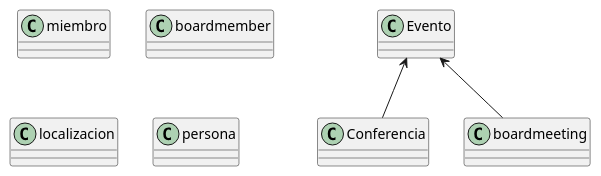
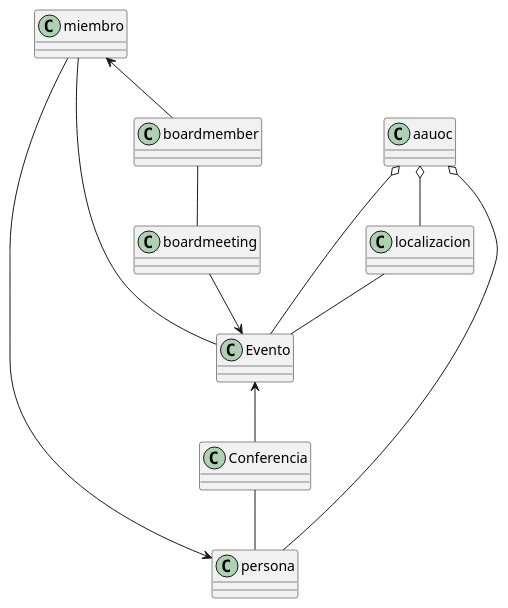
Before and after one commit to moevius237/UmlClasesPabloLopez: the diagram in src/uml.puml, drawn with PlantUML.

Commit message:
Cuarto commit , Termino las herencias

```diff
--- a/src/uml.puml
+++ b/src/uml.puml
@@ -1,16 +1,22 @@
 @startuml
-class miembro{
-}
-class boardmember{
-}
+class miembro
+miembro <-- boardmember
+persona <-- miembro
+
+class boardmember
+boardmember -- boardmeeting
 class Evento
+Evento -- miembro
 Evento <-- Conferencia
-Evento <-- boardmeeting
-class Conferencia{
-}
-class boardmeeting{
-}
-class localizacion{
-}
-class persona{}
+class Conferencia
+Conferencia -- persona
+class boardmeeting
+boardmeeting --> Evento
+class localizacion
+localizacion -- Evento
+class persona
+class aauoc
+aauoc o-- localizacion
+aauoc o-- persona
+aauoc o-- Evento
 @enduml
```
